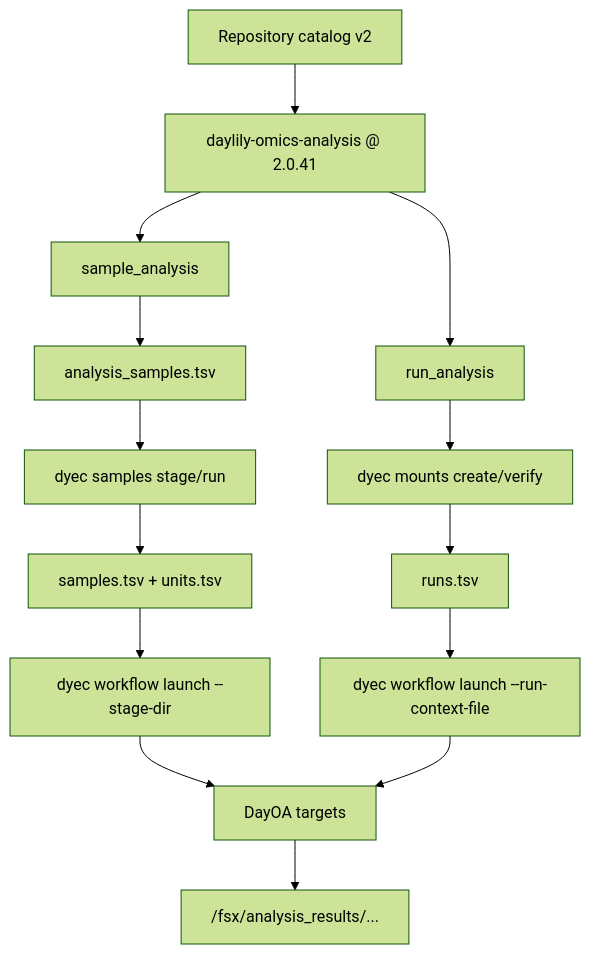
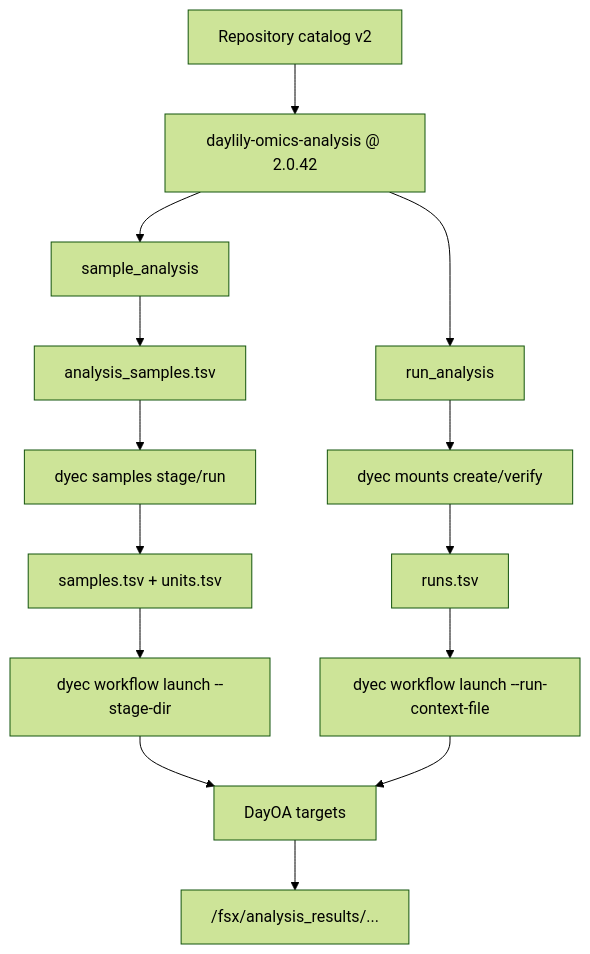
One commit to Daylily-Informatics/daylily-ephemeral-cluster changed the third of 3 diagrams in docs/dra_fsx_strategy.md. Above: the diagram before and after it, drawn with Mermaid (forest theme). The commit also changed other lines of this file and 55 other files, not shown here.

````diff
--- a/docs/dra_fsx_strategy.md
+++ b/docs/dra_fsx_strategy.md
@@ -102,19 +102,19 @@
 ```mermaid
 flowchart TB
-  Catalog["Repository catalog v2"] --> Repo["daylily-omics-analysis @ 2.0.41"]
+  Catalog["Repository catalog v2"] --> Repo["daylily-omics-analysis @ 2.0.42"]
   Repo --> Sample["sample_analysis"]
   Repo --> Run["run_analysis"]
 
   Sample --> Manifest["analysis_samples.tsv"]
   Manifest --> Stage["dyec samples stage/run"]
   Stage --> TSV["samples.tsv + units.tsv"]
   TSV --> LaunchA["dyec workflow launch --stage-dir"]
 
   Run --> Mount["dyec mounts create/verify"]
   Mount --> Runs["runs.tsv"]
   Runs --> LaunchB["dyec workflow launch --run-context-file"]
 
   LaunchA --> DayOA["DayOA targets"]
   LaunchB --> DayOA
   DayOA --> Results["/fsx/analysis_results/..."]
 ```
````
